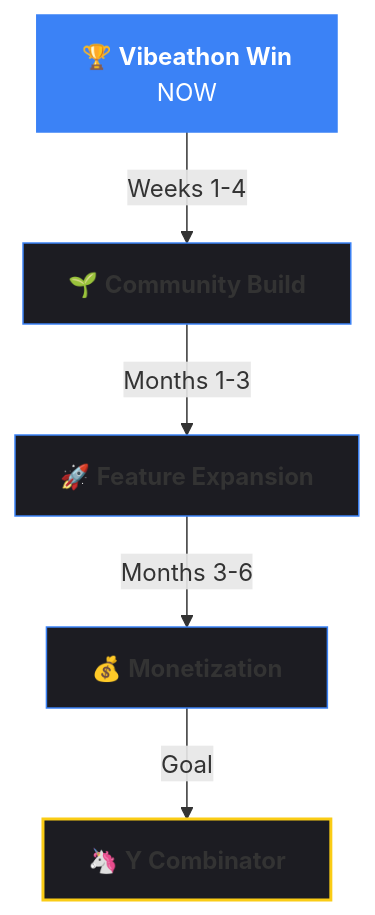
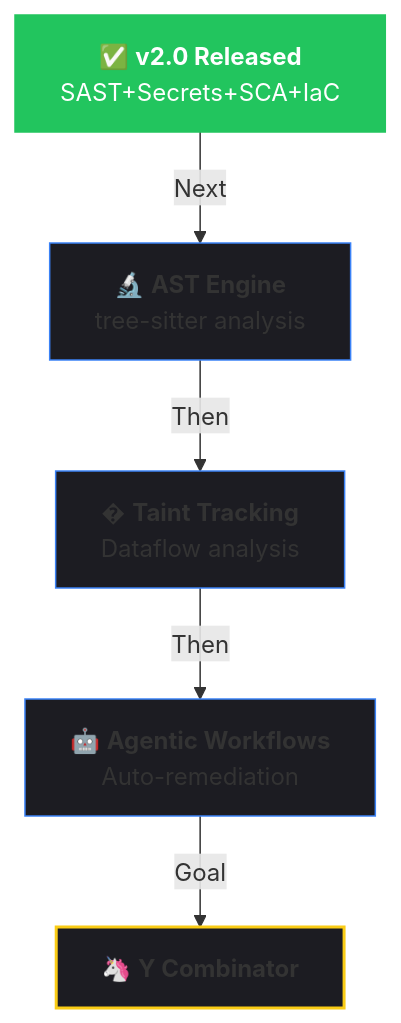
The diagram in README.md (codemind-ai/codemind), drawn with Mermaid before and after one commit. The commit also changed other lines of this file and 21 other files, not shown here.

````diff
--- a/README.md
+++ b/README.md
@@ -331,13 +436,13 @@
 ```mermaid
 graph TD
-    A[🏆 <b>Vibeathon Win</b><br/>NOW] -->|Weeks 1-4| B[🌱 <b>Community Build</b>]
-    B -->|Months 1-3| C[🚀 <b>Feature Expansion</b>]
-    C -->|Months 3-6| D[💰 <b>Monetization</b>]
+    A[✅ <b>v2.0 Released</b><br/>SAST+Secrets+SCA+IaC] -->|Next| B[🔬 <b>AST Engine</b><br/>tree-sitter analysis]
+    B -->|Then| C[� <b>Taint Tracking</b><br/>Dataflow analysis]
+    C -->|Then| D[🤖 <b>Agentic Workflows</b><br/>Auto-remediation]
     D -->|Goal| E[🦄 <b>Y Combinator</b>]
 
-    style A fill:#3B82F6,stroke:#3B82F6,color:#fff
+    style A fill:#22c55e,stroke:#22c55e,color:#fff
     style B fill:#1c1c22,stroke:#3B82F6
     style C fill:#1c1c22,stroke:#3B82F6
     style D fill:#1c1c22,stroke:#3B82F6
     style E fill:#1c1c22,stroke:#facc15,stroke-width:2px
 ```
````
